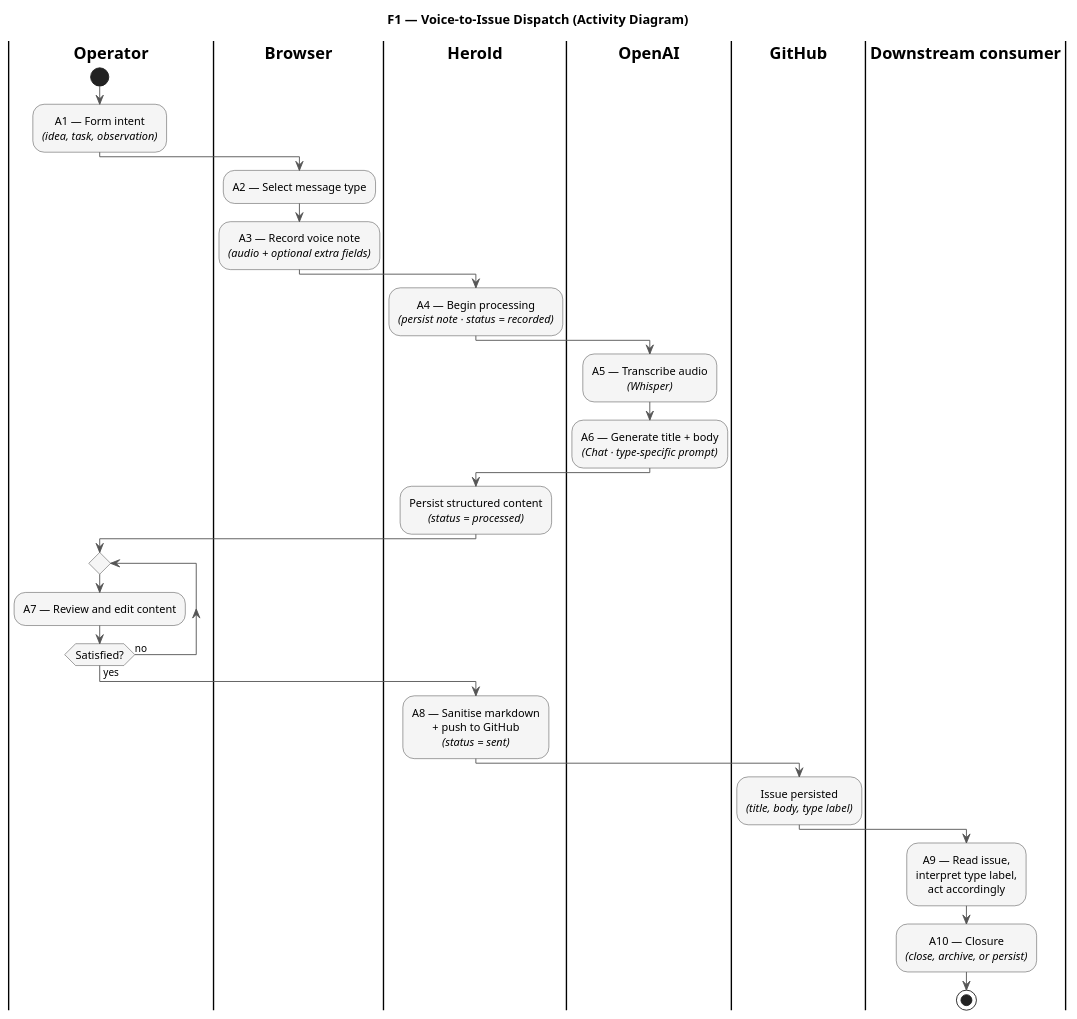
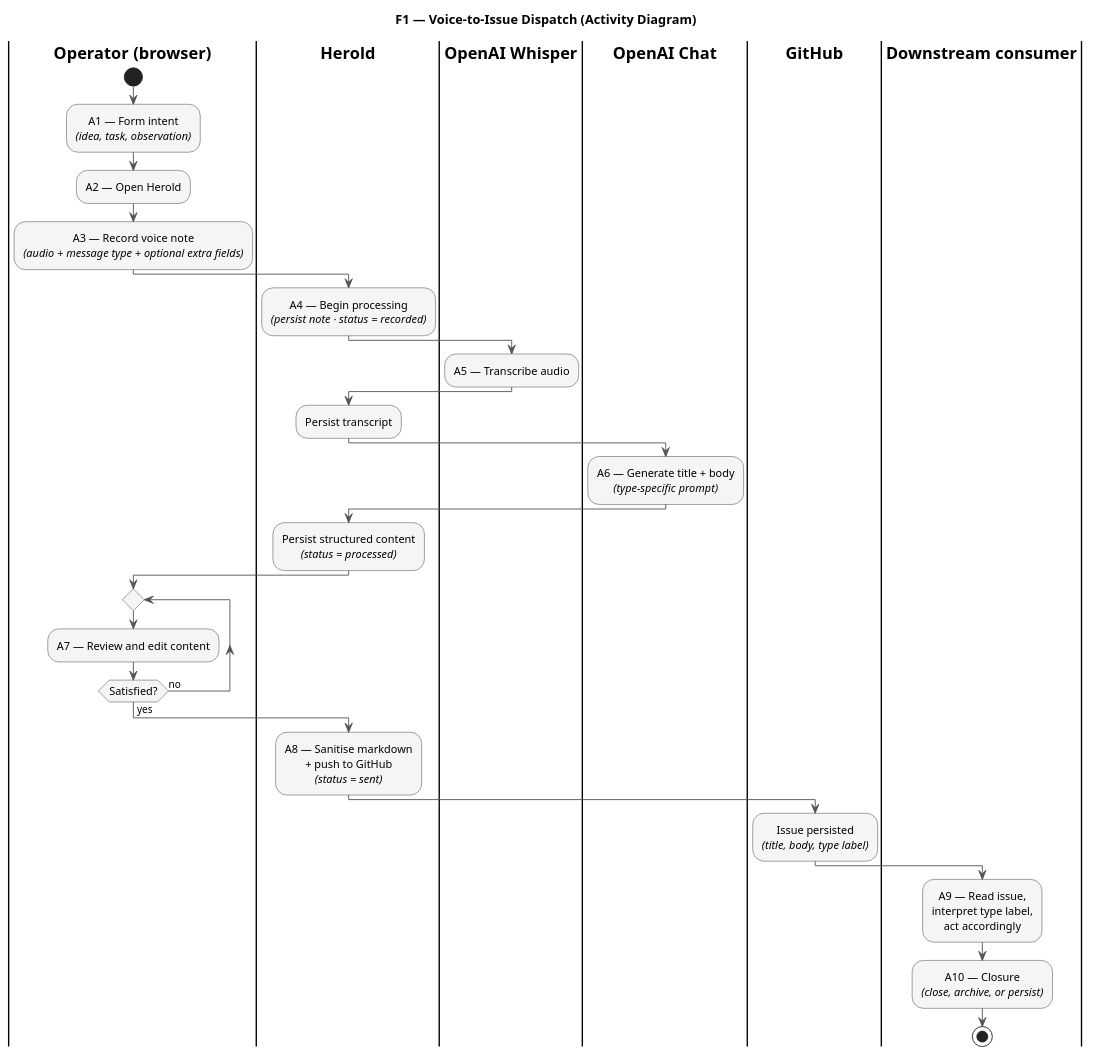
Before and after one commit to carstenlucke/herold: the diagram in docs/spec/diagrams/f1-activities.plantuml, drawn with PlantUML. The commit also changed 5 other files, not shown here.

```diff
--- a/docs/spec/diagrams/f1-activities.plantuml
+++ b/docs/spec/diagrams/f1-activities.plantuml
@@ -1,61 +1,63 @@
 @startuml f1-activities
 
 title F1 — Voice-to-Issue Dispatch (Activity Diagram)
 
 skinparam backgroundColor white
 skinparam ActivityFontSize 12
 skinparam ActivityDiamondFontSize 12
 skinparam SwimlaneTitleFontStyle bold
 skinparam DefaultTextAlignment center
 skinparam ArrowColor #555555
 skinparam ActivityBorderColor #333333
 skinparam ActivityBackgroundColor #F5F5F5
 
-|Operator|
+|Operator (browser)|
 start
 :A1 — Form intent
 //(idea, task, observation)//;
-
-|Browser|
-:A2 — Select message type;
+:A2 — Open Herold;
 :A3 — Record voice note
-//(audio + optional extra fields)//;
+//(audio + message type + optional extra fields)//;
 
 |Herold|
 :A4 — Begin processing
 //(persist note · status = recorded)//;
 
-|OpenAI|
-:A5 — Transcribe audio
-//(Whisper)//;
+|OpenAI Whisper|
+:A5 — Transcribe audio;
+
+|Herold|
+:Persist transcript;
+
+|OpenAI Chat|
 :A6 — Generate title + body
-//(Chat · type-specific prompt)//;
+//(type-specific prompt)//;
 
 |Herold|
 :Persist structured content
 //(status = processed)//;
 
-|Operator|
+|Operator (browser)|
 repeat
   :A7 — Review and edit content;
 repeat while (Satisfied?) is (no) not (yes)
 
 |Herold|
 :A8 — Sanitise markdown
 + push to GitHub
 //(status = sent)//;
 
 |GitHub|
 :Issue persisted
 //(title, body, type label)//;
 
 |Downstream consumer|
 :A9 — Read issue,
 interpret type label,
 act accordingly;
 :A10 — Closure
 //(close, archive, or persist)//;
 
 stop
 
 @enduml
```
